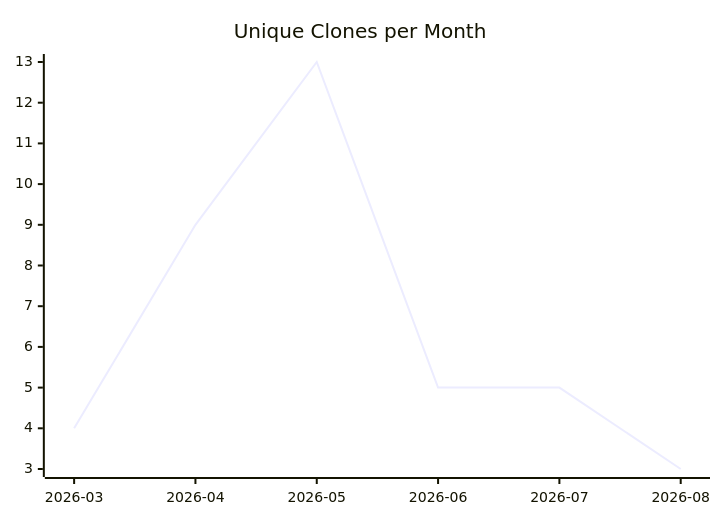
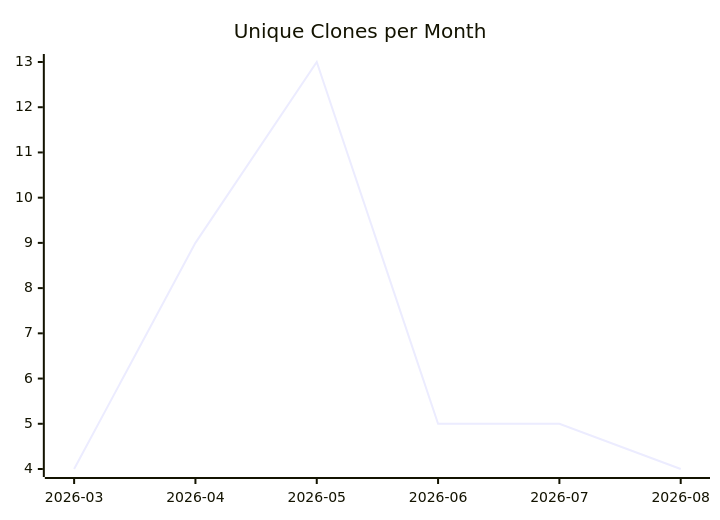
The third of 3 diagrams in karlmdavis/justdavis-puppet/README.md (justdavis-family/github-analytics-data), drawn with Mermaid before and after one commit. The commit also changed other lines of this file and 171 other files, not shown here.

````diff
--- a/karlmdavis/justdavis-puppet/README.md
+++ b/karlmdavis/justdavis-puppet/README.md
@@ -19,6 +19,6 @@
 ```mermaid
 xychart-beta
   title "Unique Clones per Month"
   x-axis ["2026-03", "2026-04", "2026-05", "2026-06", "2026-07", "2026-08"]
-  line [4, 9, 13, 5, 5, 3]
+  line [4, 9, 13, 5, 5, 4]
 ```
````
